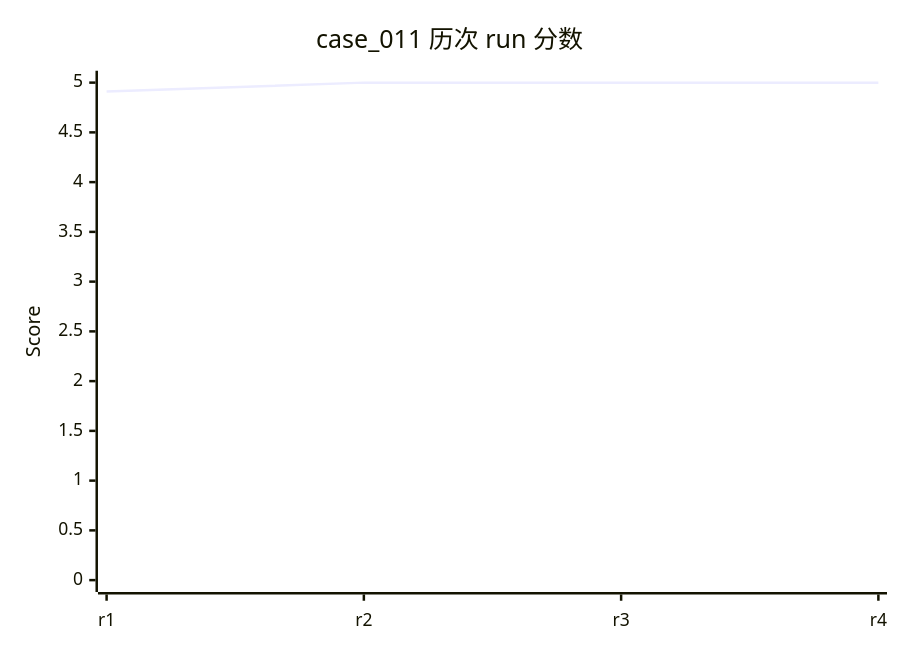
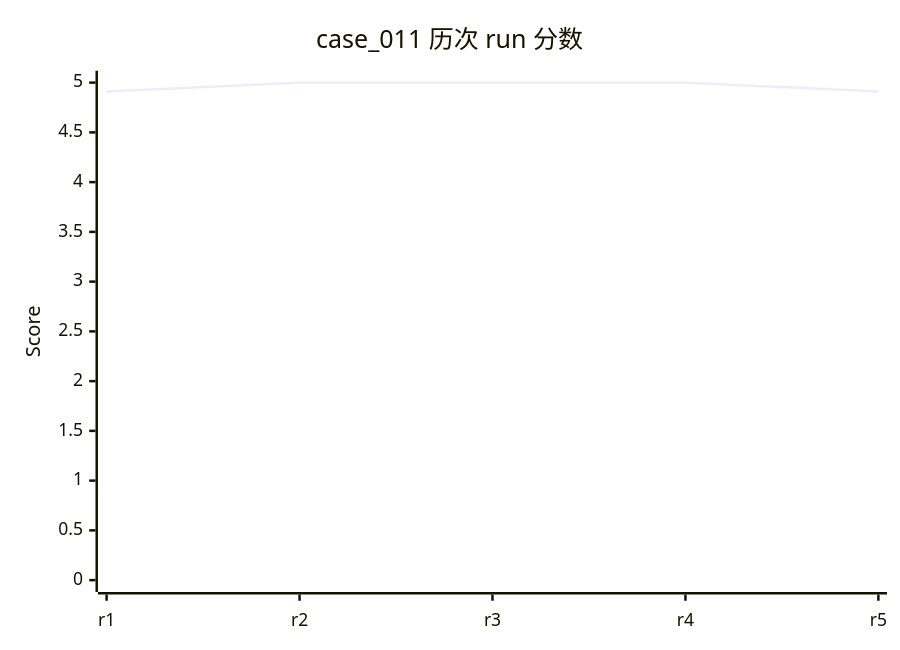
One commit to rushengzhou/sid-code changed diagram 16 of 58 in evals/DASHBOARD.md. Above: the diagram before and after it, drawn with Mermaid. The commit also changed other lines of this file and 34 other files, not shown here.

````diff
--- a/evals/DASHBOARD.md
+++ b/evals/DASHBOARD.md
@@ -374,7 +379,7 @@
 ```mermaid
 xychart-beta
     title "case_011 历次 run 分数"
-    x-axis [r1, r2, r3, r4]
+    x-axis [r1, r2, r3, r4, r5]
     y-axis "Score" 0 --> 5
-    line [4.91, 5.00, 5.00, 5.00]
+    line [4.91, 5.00, 5.00, 5.00, 4.91]
 ```
````
